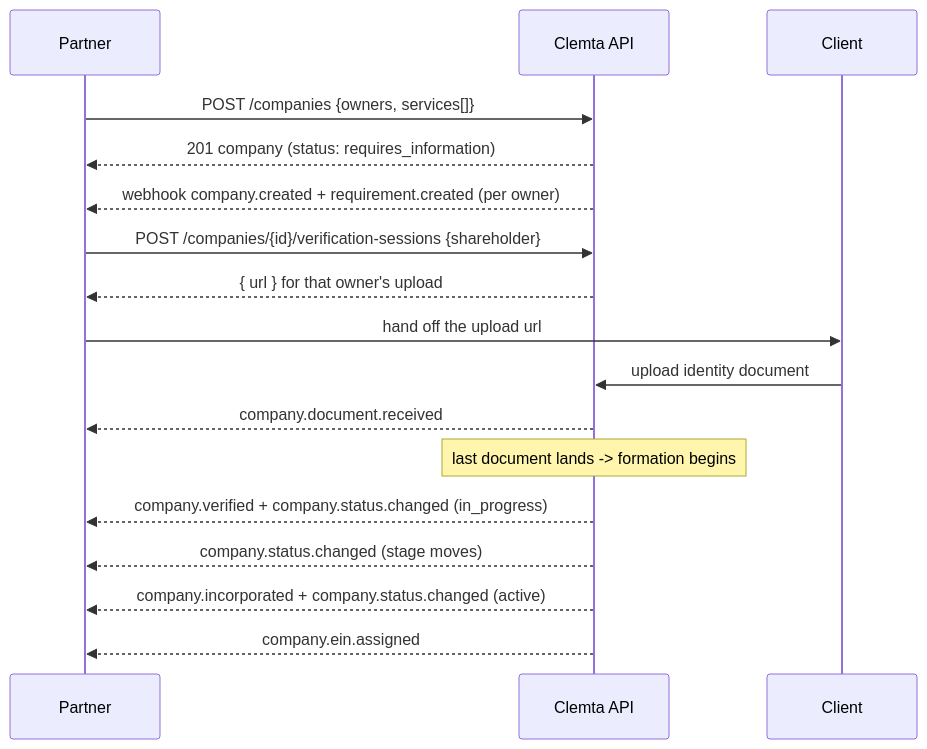
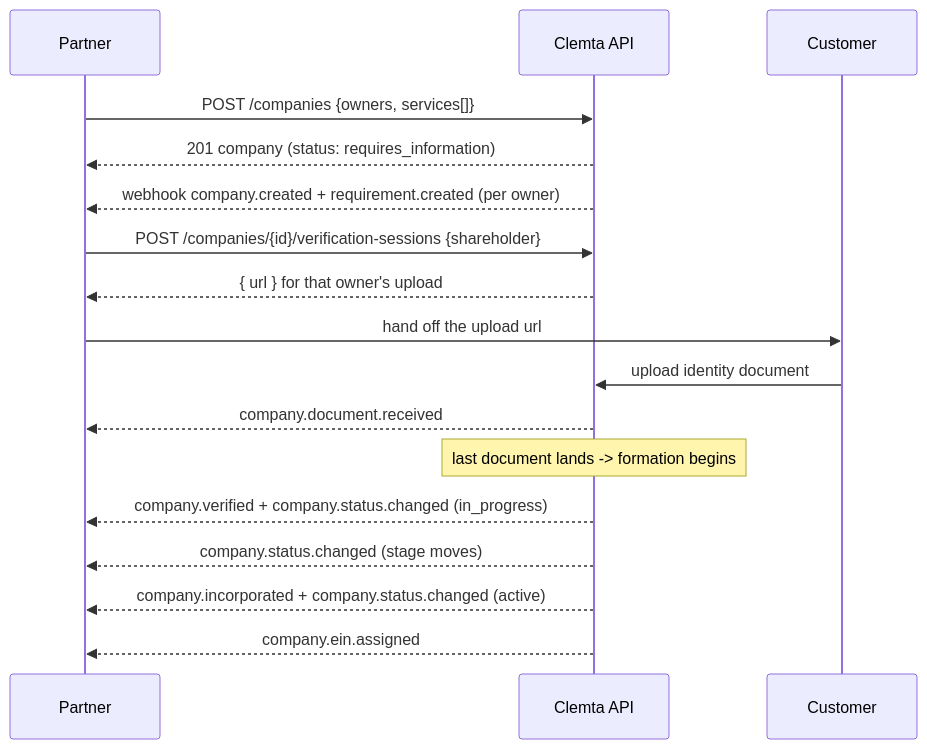
Before and after one commit to Clemta/docs: the first of 2 diagrams in partner/company-lifecycle.mdx, drawn with Mermaid. The commit also changed other lines of this file and 30 other files, not shown here.

````diff
--- a/partner/company-lifecycle.mdx
+++ b/partner/company-lifecycle.mdx
@@ -74,19 +75,19 @@
 ```mermaid
 sequenceDiagram
   participant P as Partner
   participant API as Clemta API
-  participant C as Client
+  participant C as Customer
   P->>API: POST /companies {owners, services[]}
   API-->>P: 201 company (status: requires_information)
   API-->>P: webhook company.created + requirement.created (per owner)
   P->>API: POST /companies/{id}/verification-sessions {shareholder}
   API-->>P: { url } for that owner's upload
   P->>C: hand off the upload url
   C->>API: upload identity document
   API-->>P: company.document.received
   Note over API: last document lands -> formation begins
   API-->>P: company.verified + company.status.changed (in_progress)
   API-->>P: company.status.changed (stage moves)
   API-->>P: company.incorporated + company.status.changed (active)
   API-->>P: company.ein.assigned
 ```
````
